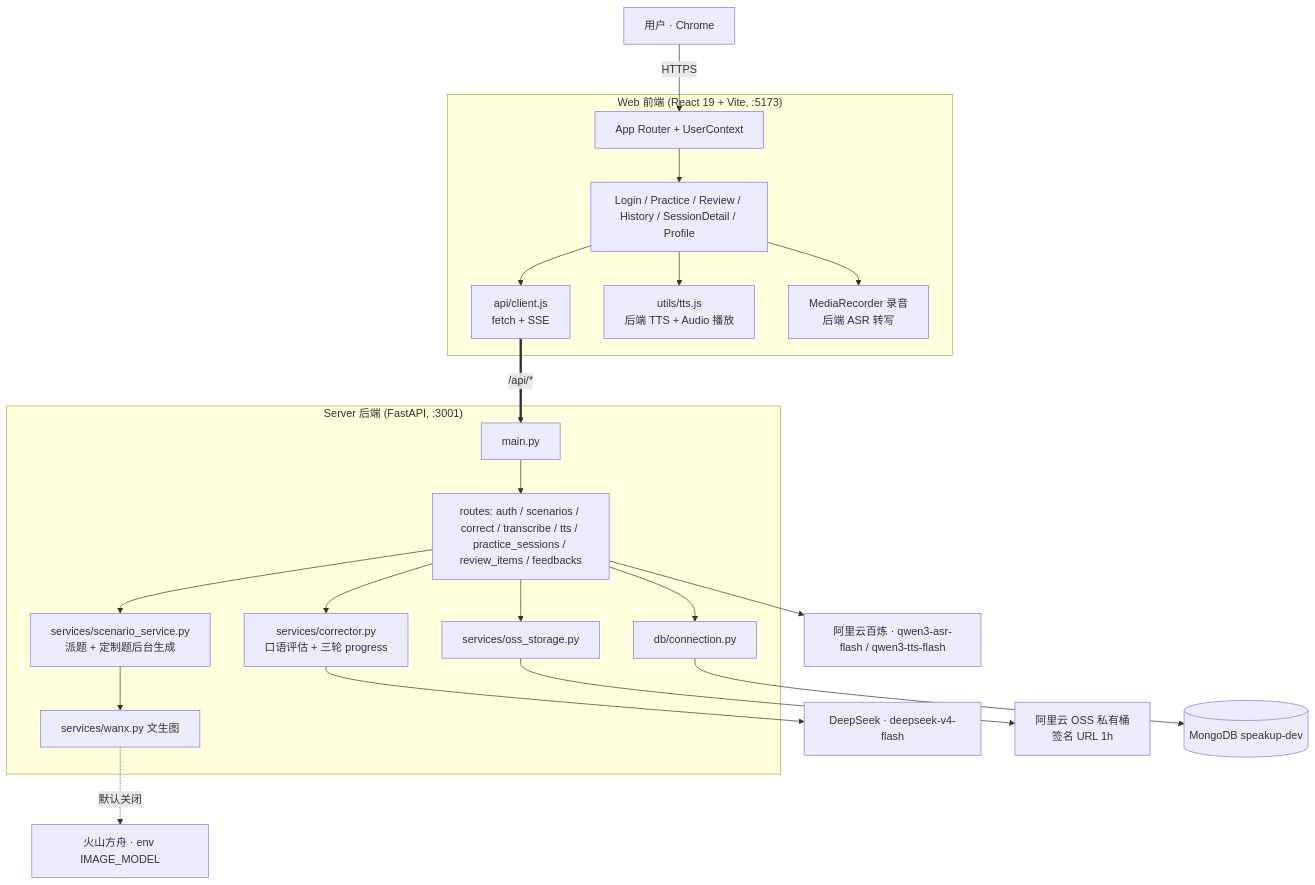
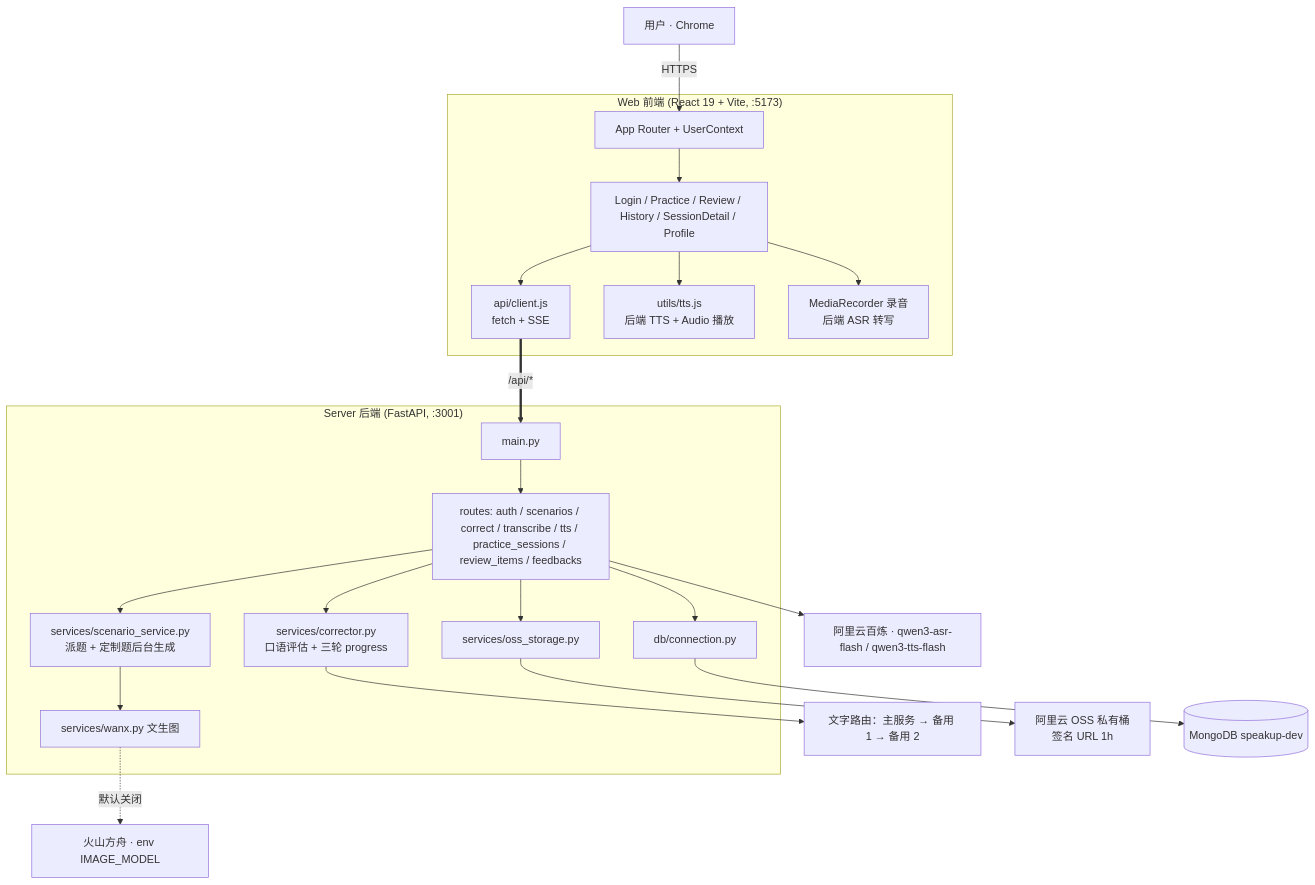
One commit to makewheels/speakup changed the first of 2 diagrams in docs/README.md. Above: the diagram before and after it, drawn with Mermaid. The commit also changed 31 other files, not shown here.

````diff
--- a/docs/README.md
+++ b/docs/README.md
@@ -47,28 +47,28 @@
 ```mermaid
 graph TB
     User[用户 · Chrome] -->|HTTPS| Web
 
     subgraph "Web 前端 (React 19 + Vite, :5173)"
         Web[App Router + UserContext] --> Pages[Login / Practice / Review / History / SessionDetail / Profile]
         Pages --> Client[api/client.js<br/>fetch + SSE]
         Pages --> TTS[utils/tts.js<br/>后端 TTS + Audio 播放]
         Pages --> SR[MediaRecorder 录音<br/>后端 ASR 转写]
     end
 
     Client ==>|/api/*| API
 
     subgraph "Server 后端 (FastAPI, :3001)"
         API[main.py] --> R[routes: auth / scenarios / correct / transcribe / tts / practice_sessions / review_items / feedbacks]
         R --> Corrector[services/corrector.py<br/>口语评估 + 三轮 progress]
         R --> Scen[services/scenario_service.py<br/>派题 + 定制题后台生成]
         Scen --> Wanx[services/wanx.py 文生图]
         R --> OSS[services/oss_storage.py]
         R --> DB[db/connection.py]
     end
 
-    Corrector --> ChatModel[DeepSeek · deepseek-v4-flash]
+    Corrector --> ChatModel[文字路由：主服务 → 备用 1 → 备用 2]
     R --> Voice[阿里云百炼 · qwen3-asr-flash / qwen3-tts-flash]
     Wanx -.默认关闭.-> Seedream[火山方舟 · env IMAGE_MODEL]
     OSS --> Aliyun[阿里云 OSS 私有桶<br/>签名 URL 1h]
     DB --> Mongo[(MongoDB speakup-dev)]
 ```
````
